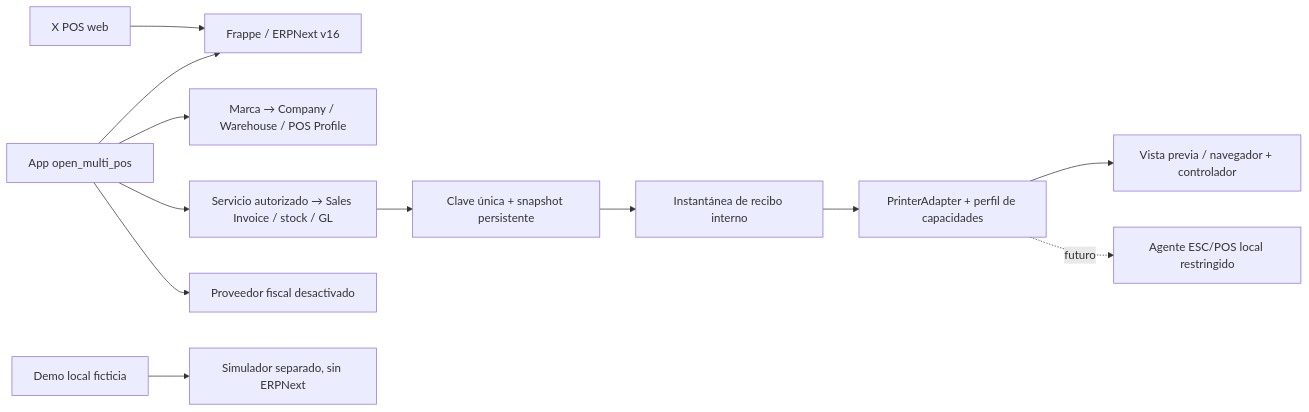
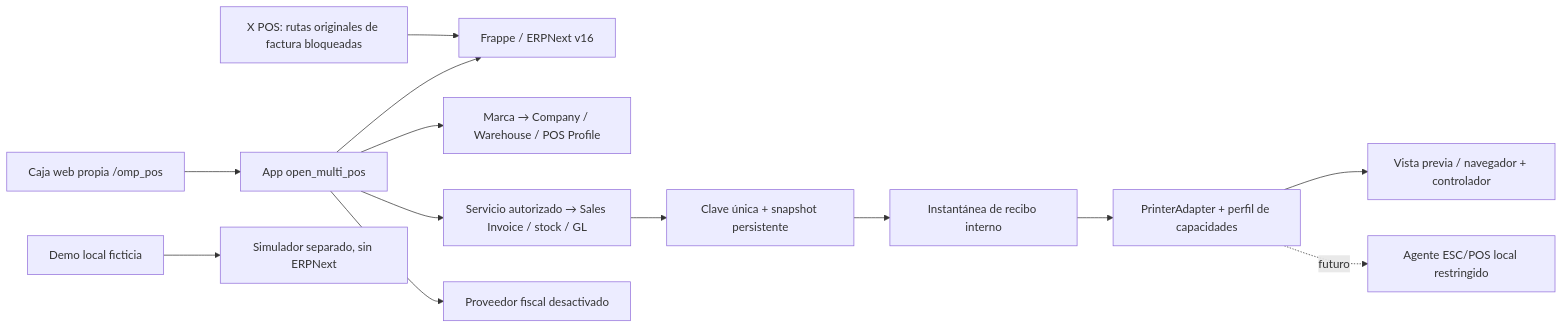
Before and after one commit to JSX2011/OpenMultiPOS: the diagram in docs/architecture.md, drawn with Mermaid. The commit also changed other lines of this file and 28 other files, not shown here.

````diff
--- a/docs/architecture.md
+++ b/docs/architecture.md
@@ -3,14 +3,15 @@
 ```mermaid
 flowchart LR
-    POS[X POS web] --> F[Frappe / ERPNext v16]
+    POS[Caja web propia /omp_pos] --> O
+    X[X POS: rutas originales de factura bloqueadas] --> F[Frappe / ERPNext v16]
     O[App open_multi_pos] --> F
     O --> B[Marca → Company / Warehouse / POS Profile]
     O --> N[Servicio autorizado → Sales Invoice / stock / GL]
     N --> J[Clave única + snapshot persistente]
     J --> R[Instantánea de recibo interno]
     R --> P[PrinterAdapter + perfil de capacidades]
     P --> V[Vista previa / navegador + controlador]
     P -. futuro .-> E[Agente ESC/POS local restringido]
     O --> D[Proveedor fiscal desactivado]
     Demo[Demo local ficticia] --> Sim[Simulador separado, sin ERPNext]
 ```
````
